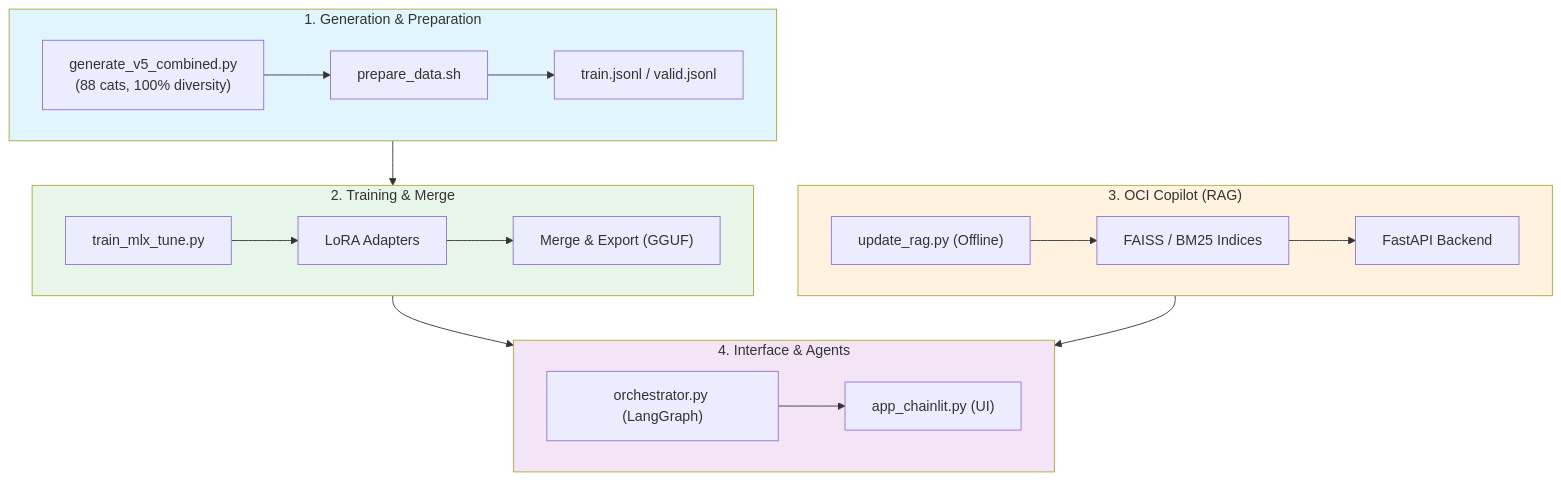
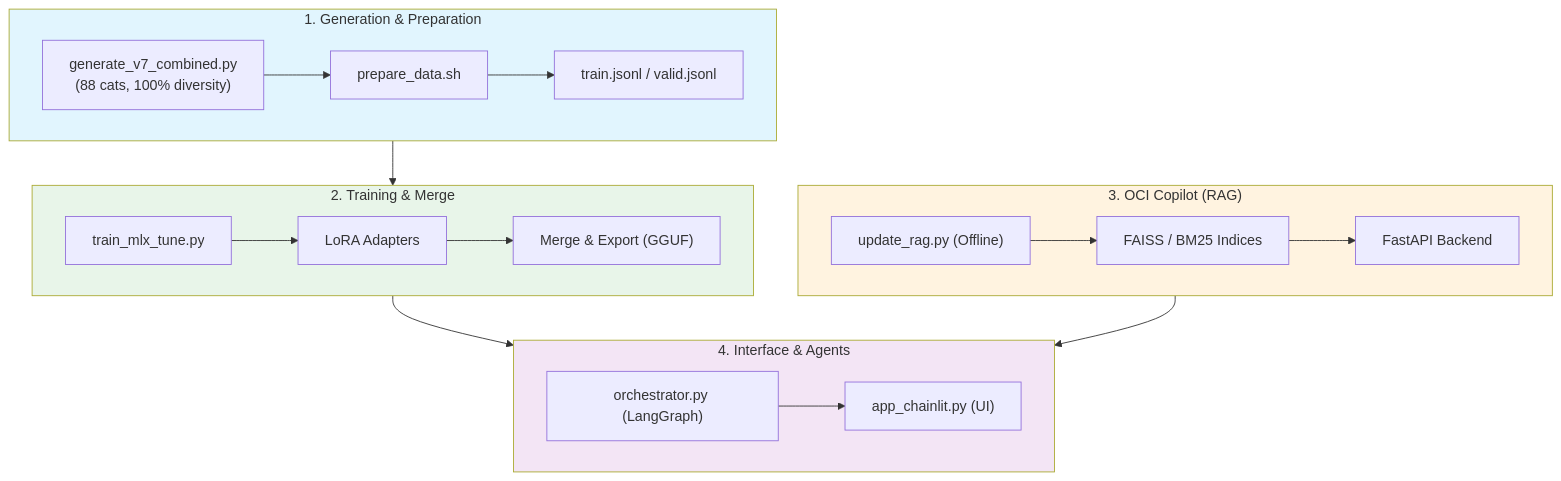
Before and after one commit to otavio-lemos/olia-2-oci: the first of 2 diagrams in README.en-US.md, drawn with Mermaid. The commit also changed other lines of this file and 8 other files, not shown here.

````diff
--- a/README.en-US.md
+++ b/README.en-US.md
@@ -42,30 +42,30 @@
 ```mermaid
 flowchart TD
     subgraph GENERATION["1. Generation & Preparation"]
-        A1["generate_v5_combined.py\n(88 cats, 100% diversity)"] --> A2["prepare_data.sh"]
+        A1["generate_v7_combined.py\n(88 cats, 100% diversity)"] --> A2["prepare_data.sh"]
         A2 --> A3["train.jsonl / valid.jsonl"]
     end
 
     subgraph TRAINING["2. Training & Merge"]
         B1["train_mlx_tune.py"] --> B2["LoRA Adapters"]
         B2 --> B3["Merge & Export (GGUF)"]
     end
 
     subgraph RAG["3. OCI Copilot (RAG)"]
         C1["update_rag.py (Offline)"] --> C2["FAISS / BM25 Indices"]
         C2 --> C3["FastAPI Backend"]
     end
 
     subgraph UI["4. Interface & Agents"]
         D1["orchestrator.py (LangGraph)"] --> D2["app_chainlit.py (UI)"]
     end
 
     GENERATION --> TRAINING
     TRAINING --> UI
     RAG --> UI
 
     style GENERATION fill:#e1f5fe
     style TRAINING fill:#e8f5e9
     style RAG fill:#fff3e0
     style UI fill:#f3e5f5
 ```
````
